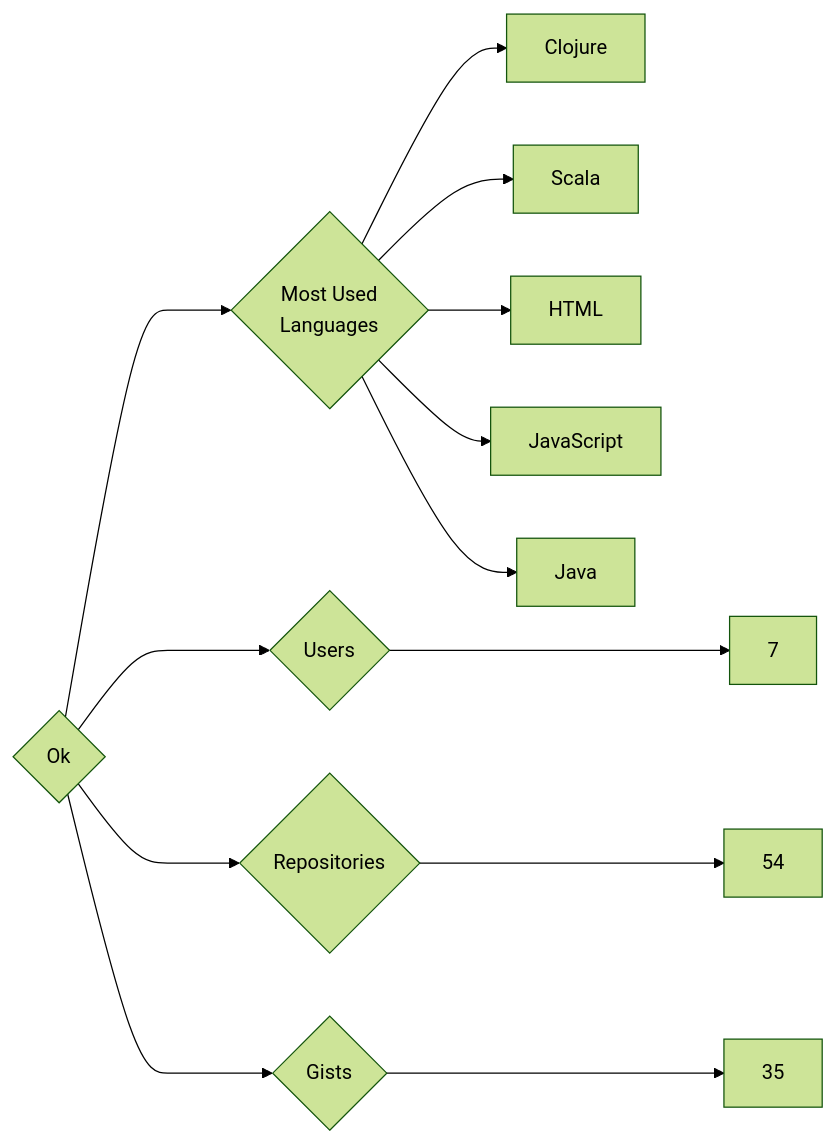
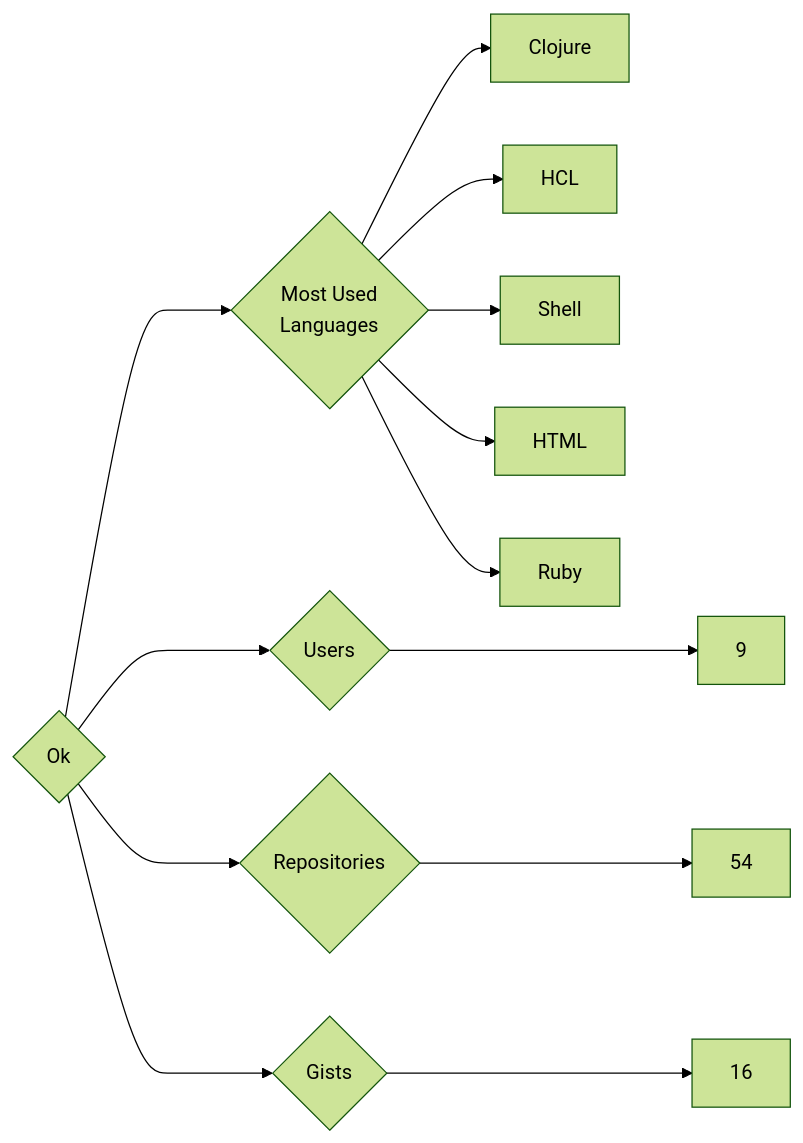
Before and after one commit to trickest/insiders: the diagram in targets/Ok/README.md, drawn with Mermaid (forest theme). The commit also changed 871 other files, not shown here.

````diff
--- a/targets/Ok/README.md
+++ b/targets/Ok/README.md
@@ -3,13 +3,13 @@
 ```mermaid
 graph LR
 COMPANY_NAME{Ok}
-COMPANY_NAME ---> U{Users} ---> UN[7]
+COMPANY_NAME ---> U{Users} ---> UN[9]
 COMPANY_NAME ---> R{Repositories} ---> RN[54]
-COMPANY_NAME ---> G{Gists} ---> GN[35]
+COMPANY_NAME ---> G{Gists} ---> GN[16]
 COMPANY_NAME ---> ML{Most Used<br>Languages}
 ML --> Clojure[Clojure]
-ML --> Scala[Scala]
+ML --> HCL[HCL]
+ML --> Shell[Shell]
 ML --> HTML[HTML]
-ML --> JavaScript[JavaScript]
-ML --> Java[Java]
+ML --> Ruby[Ruby]
 ```
````
